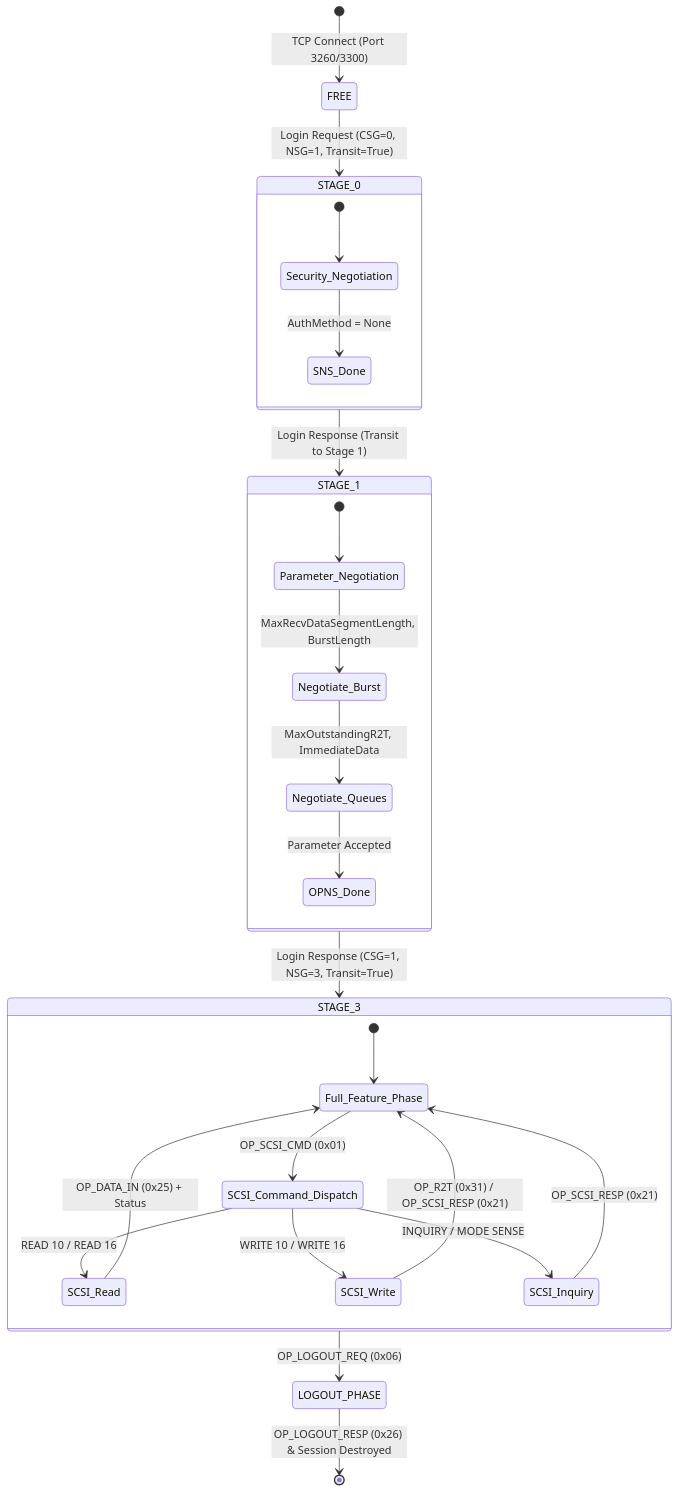
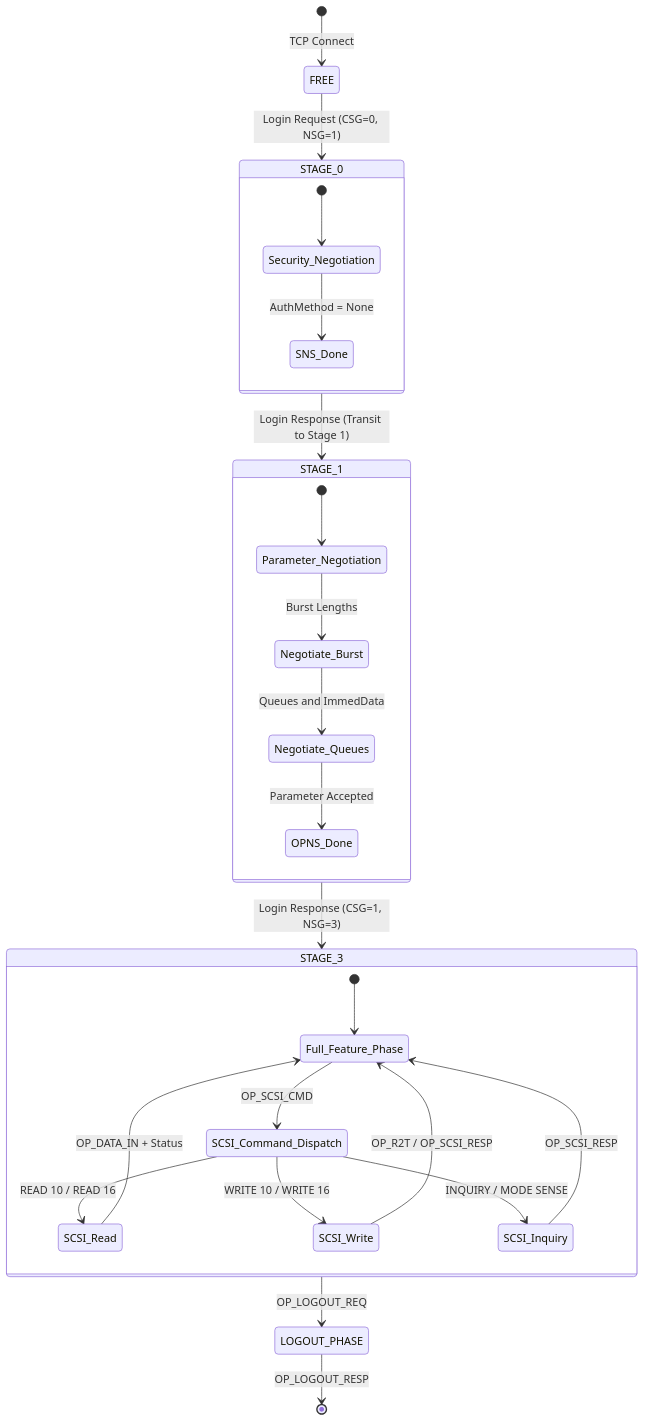
The third of 6 diagrams in DOCUMENTATION.md (milanalfandiismail/Simple-Iscsi), drawn with Mermaid before and after one commit. The commit also changed other lines of this file and 1 other file, not shown here.

````diff
--- a/DOCUMENTATION.md
+++ b/DOCUMENTATION.md
@@ -242,35 +248,35 @@
 ```mermaid
 stateDiagram-v2
-    [*] --> FREE : TCP Connect (Port 3260/3300)
-    FREE --> STAGE_0 : Login Request (CSG=0, NSG=1, Transit=True)
+    [*] --> FREE : TCP Connect
+    FREE --> STAGE_0 : Login Request (CSG=0, NSG=1)
     
     state STAGE_0 {
         [*] --> Security_Negotiation
         Security_Negotiation --> SNS_Done : AuthMethod = None
     }
     
     STAGE_0 --> STAGE_1 : Login Response (Transit to Stage 1)
     
     state STAGE_1 {
         [*] --> Parameter_Negotiation
-        Parameter_Negotiation --> Negotiate_Burst : MaxRecvDataSegmentLength, BurstLength
-        Negotiate_Burst --> Negotiate_Queues : MaxOutstandingR2T, ImmediateData
+        Parameter_Negotiation --> Negotiate_Burst : Burst Lengths
+        Negotiate_Burst --> Negotiate_Queues : Queues and ImmedData
         Negotiate_Queues --> OPNS_Done : Parameter Accepted
     }
     
-    STAGE_1 --> STAGE_3 : Login Response (CSG=1, NSG=3, Transit=True)
+    STAGE_1 --> STAGE_3 : Login Response (CSG=1, NSG=3)
     
     state STAGE_3 {
         [*] --> Full_Feature_Phase
-        Full_Feature_Phase --> SCSI_Command_Dispatch : OP_SCSI_CMD (0x01)
+        Full_Feature_Phase --> SCSI_Command_Dispatch : OP_SCSI_CMD
         SCSI_Command_Dispatch --> SCSI_Read : READ 10 / READ 16
         SCSI_Command_Dispatch --> SCSI_Write : WRITE 10 / WRITE 16
         SCSI_Command_Dispatch --> SCSI_Inquiry : INQUIRY / MODE SENSE
-        SCSI_Read --> Full_Feature_Phase : OP_DATA_IN (0x25) + Status
-        SCSI_Write --> Full_Feature_Phase : OP_R2T (0x31) / OP_SCSI_RESP (0x21)
-        SCSI_Inquiry --> Full_Feature_Phase : OP_SCSI_RESP (0x21)
+        SCSI_Read --> Full_Feature_Phase : OP_DATA_IN + Status
+        SCSI_Write --> Full_Feature_Phase : OP_R2T / OP_SCSI_RESP
+        SCSI_Inquiry --> Full_Feature_Phase : OP_SCSI_RESP
     }
     
-    STAGE_3 --> LOGOUT_PHASE : OP_LOGOUT_REQ (0x06)
-    LOGOUT_PHASE --> [*] : OP_LOGOUT_RESP (0x26) & Session Destroyed
+    STAGE_3 --> LOGOUT_PHASE : OP_LOGOUT_REQ
+    LOGOUT_PHASE --> [*] : OP_LOGOUT_RESP
 ```
````
